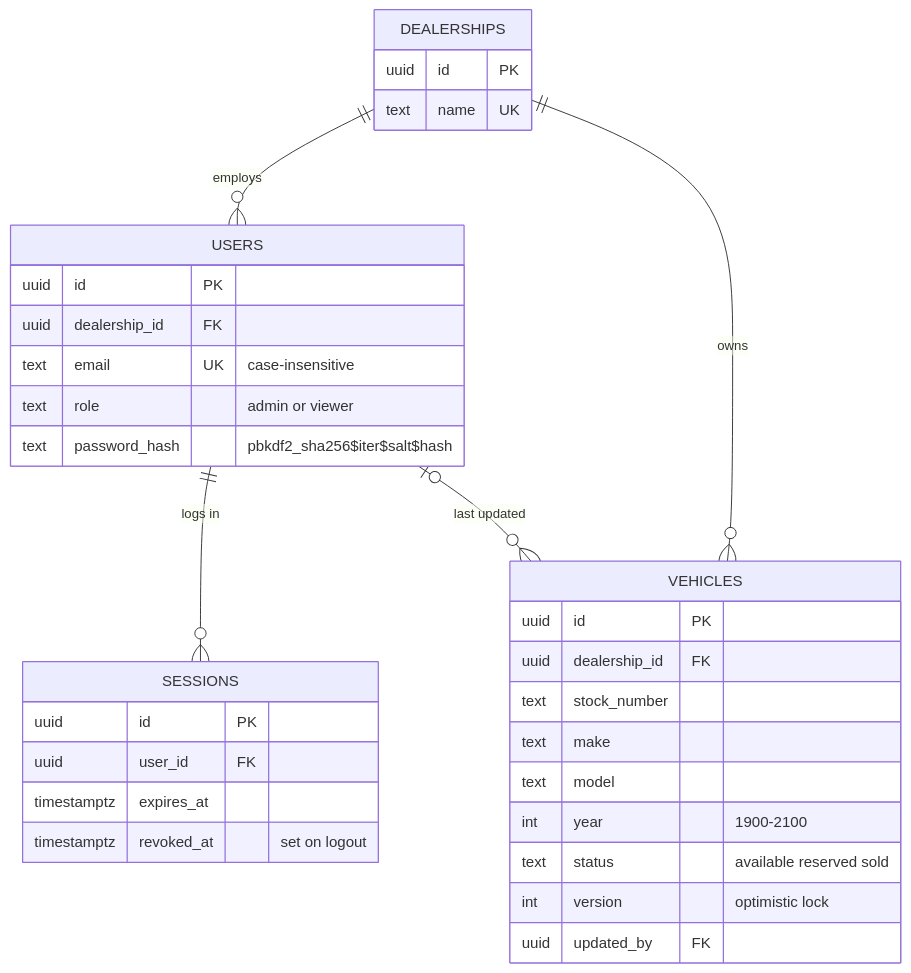
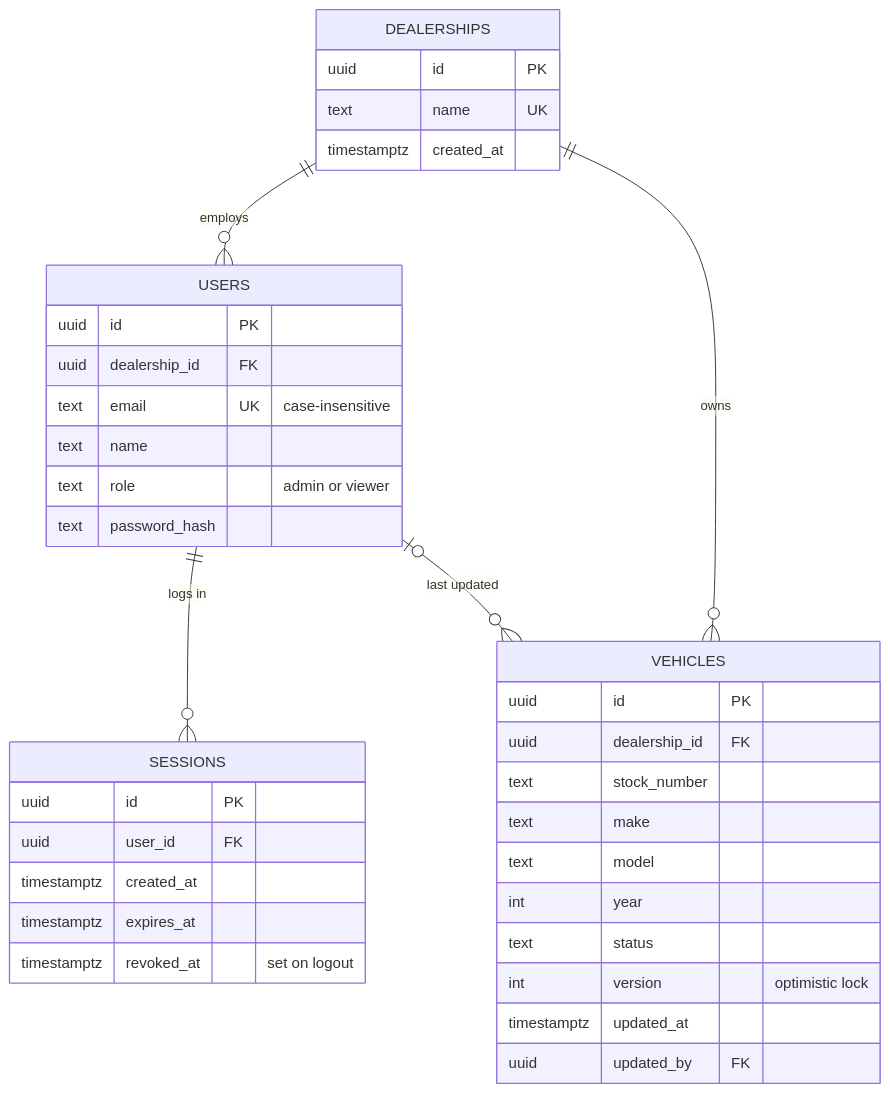
One commit to aneeq178/dealership-inventory changed diagram 14 of 15 in docs/ARCHITECTURE.md. Above: the diagram before and after it, drawn with Mermaid. The commit also changed other lines of this file and 30 other files, not shown here.

````diff
--- a/docs/ARCHITECTURE.md
+++ b/docs/ARCHITECTURE.md
@@ -244,36 +716,40 @@
 ```mermaid
 erDiagram
     DEALERSHIPS ||--o{ USERS : employs
     DEALERSHIPS ||--o{ VEHICLES : owns
     USERS ||--o{ SESSIONS : "logs in"
     USERS |o--o{ VEHICLES : "last updated"
 
     DEALERSHIPS {
         uuid id PK
         text name UK
+        timestamptz created_at
     }
     USERS {
         uuid id PK
         uuid dealership_id FK
         text email UK "case-insensitive"
+        text name
         text role "admin or viewer"
-        text password_hash "pbkdf2_sha256$iter$salt$hash"
+        text password_hash
     }
     SESSIONS {
         uuid id PK
         uuid user_id FK
+        timestamptz created_at
         timestamptz expires_at
         timestamptz revoked_at "set on logout"
     }
     VEHICLES {
         uuid id PK
         uuid dealership_id FK
         text stock_number
         text make
         text model
-        int year "1900-2100"
-        text status "available reserved sold"
+        int year
+        text status
         int version "optimistic lock"
+        timestamptz updated_at
         uuid updated_by FK
     }
 ```
````
